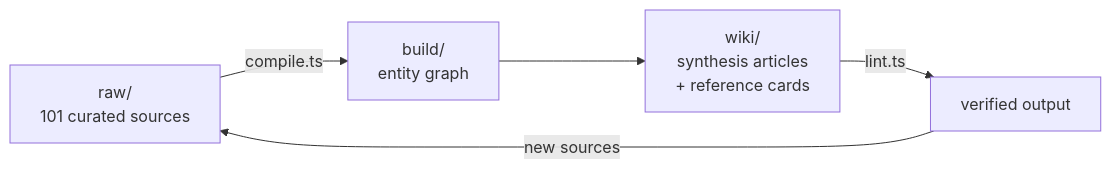
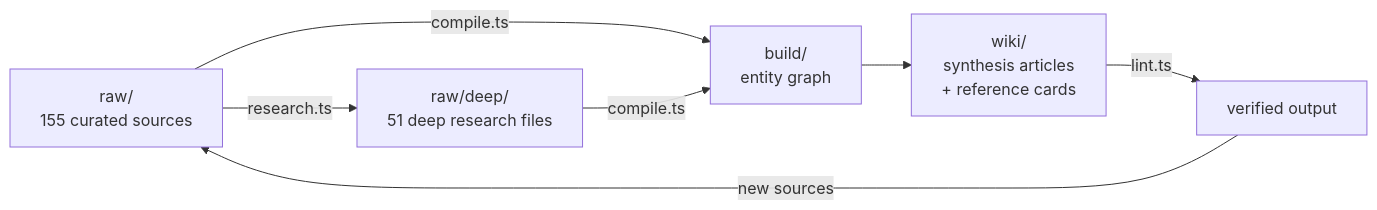
One commit to chappyasel/meta-kb changed the diagram in README.md. Above: the diagram before and after it, drawn with Mermaid. The commit also changed other lines of this file and 425 other files, not shown here.

````diff
--- a/README.md
+++ b/README.md
@@ -9,7 +9,9 @@
 ```mermaid
 graph LR
-    A["raw/<br/>101 curated sources"] -->|compile.ts| B["build/<br/>entity graph"]
-    B --> C["wiki/<br/>synthesis articles<br/>+ reference cards"]
-    C -->|lint.ts| D["verified output"]
-    D -->|"new sources"| A
+    A["raw/<br/>155 curated sources"] -->|research.ts| B["raw/deep/<br/>51 deep research files"]
+    A -->|compile.ts| C["build/<br/>entity graph"]
+    B -->|compile.ts| C
+    C --> D["wiki/<br/>synthesis articles<br/>+ reference cards"]
+    D -->|lint.ts| E["verified output"]
+    E -->|"new sources"| A
 ```
````
